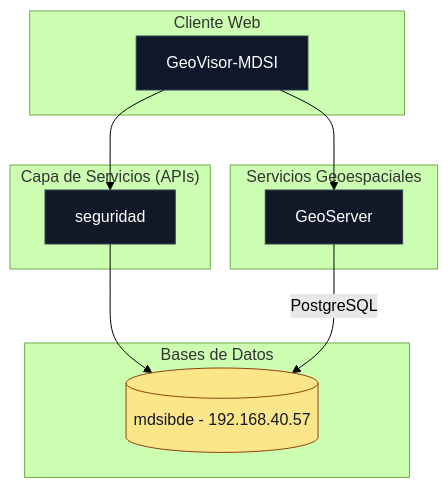
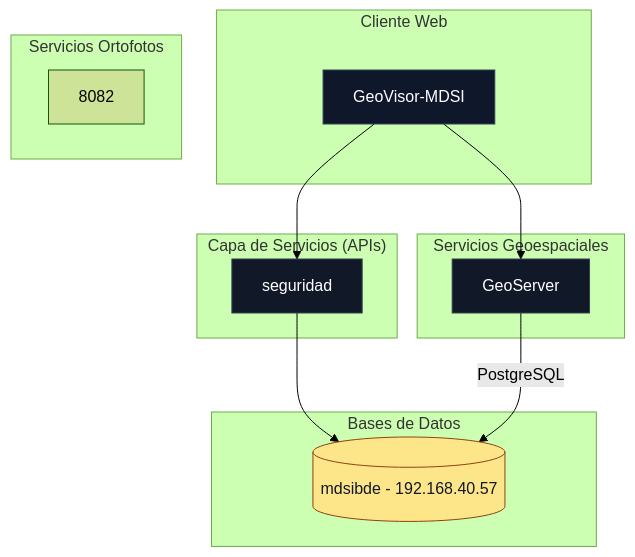
Before and after one commit to mdsigeovisor/geovisormdsi: the diagram in README.md, drawn with Mermaid (forest theme).

````diff
--- a/README.md
+++ b/README.md
@@ -3,41 +3,45 @@
 ```mermaid
 graph TB
   %% =========================
   %% COMPONENTES
   %% =========================
   subgraph "Cliente Web"
     FRONT[GeoVisor-MDSI]
   end
 
   subgraph "Capa de Servicios (APIs)"
     AUTH[seguridad]
   end
 
   subgraph "Bases de Datos"
     DB1[(mdsibde - 192.168.40.57)]
   end
-
+  
   subgraph "Servicios Geoespaciales"
     GEOSERVER[GeoServer]
+  end
+
+  subgraph "Servicios Ortofotos"
+    192.168.40.57[8082]
   end
 
   %% =========================
   %% RELACIONES
   %% =========================
   FRONT --> AUTH
   FRONT --> GEOSERVER
 
   AUTH --> DB1
   GEOSERVER -- "PostgreSQL" --> DB1
 
   %% =========================
   %% ESTILOS
   %% =========================
   classDef front fill:#0f172a,stroke:#334155,stroke-width:1px,color:#fff;
   classDef service fill:#111827,stroke:#374151,stroke-width:1px,color:#fff;
   classDef db fill:#fde68a,stroke:#92400e,stroke-width:1px,color:#111827;
 
   class FRONT front;
   class AUTH,GEOSERVER service;
   class DB1 db;
 ```
````
